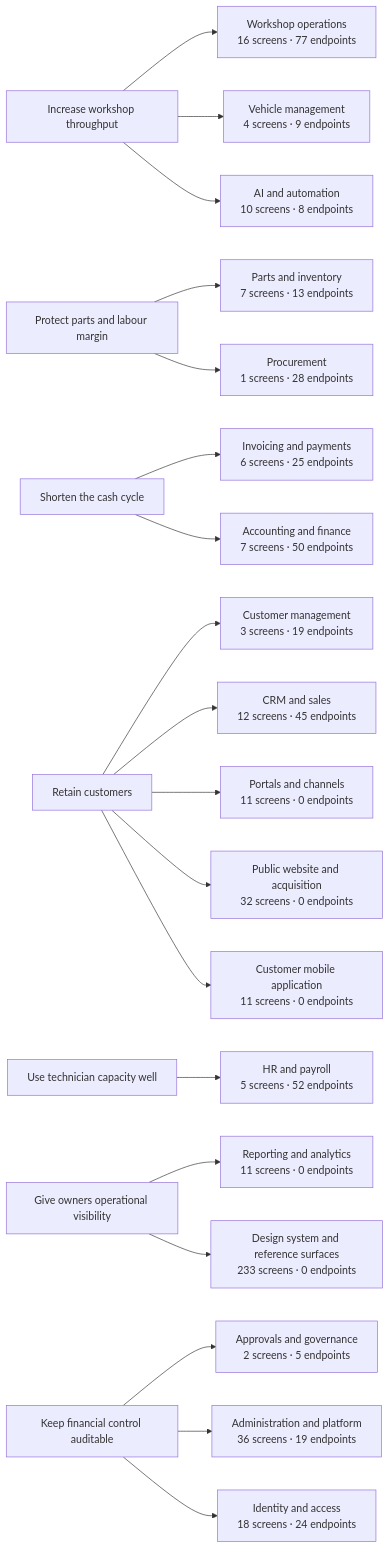
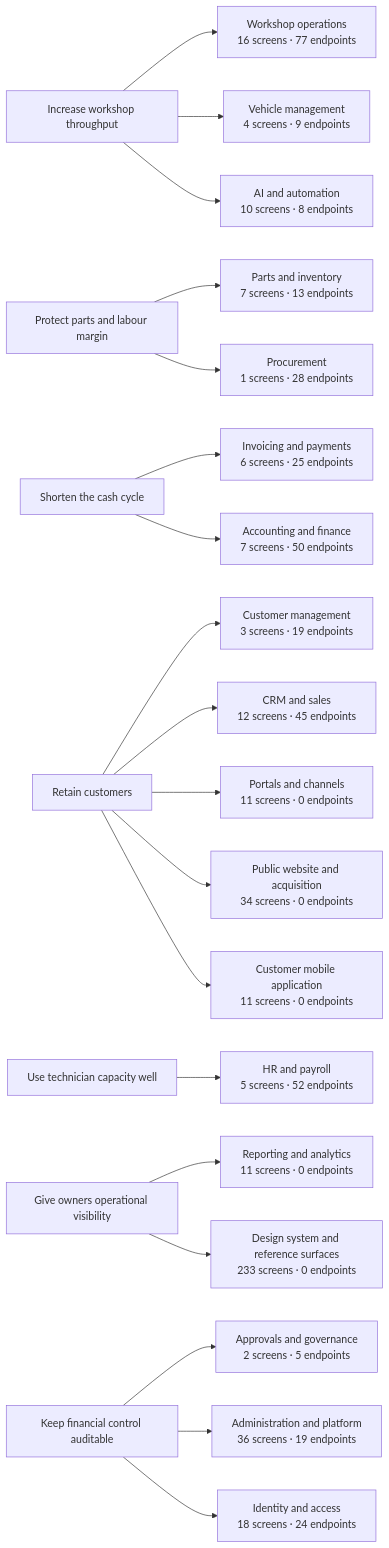
One commit to tazamohd/SlClNe changed the diagram in docs/07_BUSINESS_ANALYSIS/BUSINESS_CAPABILITY_MAP.md. Above: the diagram before and after it, drawn with Mermaid. The commit also changed other lines of this file and 24 other files, not shown here.

````diff
--- a/docs/07_BUSINESS_ANALYSIS/BUSINESS_CAPABILITY_MAP.md
+++ b/docs/07_BUSINESS_ANALYSIS/BUSINESS_CAPABILITY_MAP.md
@@ -22,46 +22,46 @@
 ```mermaid
 flowchart LR
   OBJ_THROUGHPUT["Increase workshop throughput"]
   OBJ_MARGIN["Protect parts and labour margin"]
   OBJ_CASH["Shorten the cash cycle"]
   OBJ_RETENTION["Retain customers"]
   OBJ_CAPACITY["Use technician capacity well"]
   OBJ_VISIBILITY["Give owners operational visibility"]
   OBJ_CONTROL["Keep financial control auditable"]
   CAP_WORKSHOP["Workshop operations<br/>16 screens · 77 endpoints"]
   OBJ_THROUGHPUT --> CAP_WORKSHOP
   CAP_CUSTOMERS["Customer management<br/>3 screens · 19 endpoints"]
   OBJ_RETENTION --> CAP_CUSTOMERS
   CAP_VEHICLES["Vehicle management<br/>4 screens · 9 endpoints"]
   OBJ_THROUGHPUT --> CAP_VEHICLES
   CAP_INVENTORY["Parts and inventory<br/>7 screens · 13 endpoints"]
   OBJ_MARGIN --> CAP_INVENTORY
   CAP_PROCUREMENT["Procurement<br/>1 screens · 28 endpoints"]
   OBJ_MARGIN --> CAP_PROCUREMENT
   CAP_BILLING["Invoicing and payments<br/>6 screens · 25 endpoints"]
   OBJ_CASH --> CAP_BILLING
   CAP_ACCOUNTING["Accounting and finance<br/>7 screens · 50 endpoints"]
   OBJ_CASH --> CAP_ACCOUNTING
   CAP_HR["HR and payroll<br/>5 screens · 52 endpoints"]
   OBJ_CAPACITY --> CAP_HR
   CAP_CRM["CRM and sales<br/>12 screens · 45 endpoints"]
   OBJ_RETENTION --> CAP_CRM
   CAP_REPORTING["Reporting and analytics<br/>11 screens · 0 endpoints"]
   OBJ_VISIBILITY --> CAP_REPORTING
   CAP_GOVERNANCE["Approvals and governance<br/>2 screens · 5 endpoints"]
   OBJ_CONTROL --> CAP_GOVERNANCE
   CAP_PORTALS["Portals and channels<br/>11 screens · 0 endpoints"]
   OBJ_RETENTION --> CAP_PORTALS
   CAP_AI["AI and automation<br/>10 screens · 8 endpoints"]
   OBJ_THROUGHPUT --> CAP_AI
   CAP_PLATFORM["Administration and platform<br/>36 screens · 19 endpoints"]
   OBJ_CONTROL --> CAP_PLATFORM
   CAP_IDENTITY["Identity and access<br/>18 screens · 24 endpoints"]
   OBJ_CONTROL --> CAP_IDENTITY
-  CAP_WEBSITE["Public website and acquisition<br/>32 screens · 0 endpoints"]
+  CAP_WEBSITE["Public website and acquisition<br/>34 screens · 0 endpoints"]
   OBJ_RETENTION --> CAP_WEBSITE
   CAP_CUSTOMERAPP["Customer mobile application<br/>11 screens · 0 endpoints"]
   OBJ_RETENTION --> CAP_CUSTOMERAPP
   CAP_DESIGNSYSTEM["Design system and reference surfaces<br/>233 screens · 0 endpoints"]
   OBJ_VISIBILITY --> CAP_DESIGNSYSTEM
 ```
````
